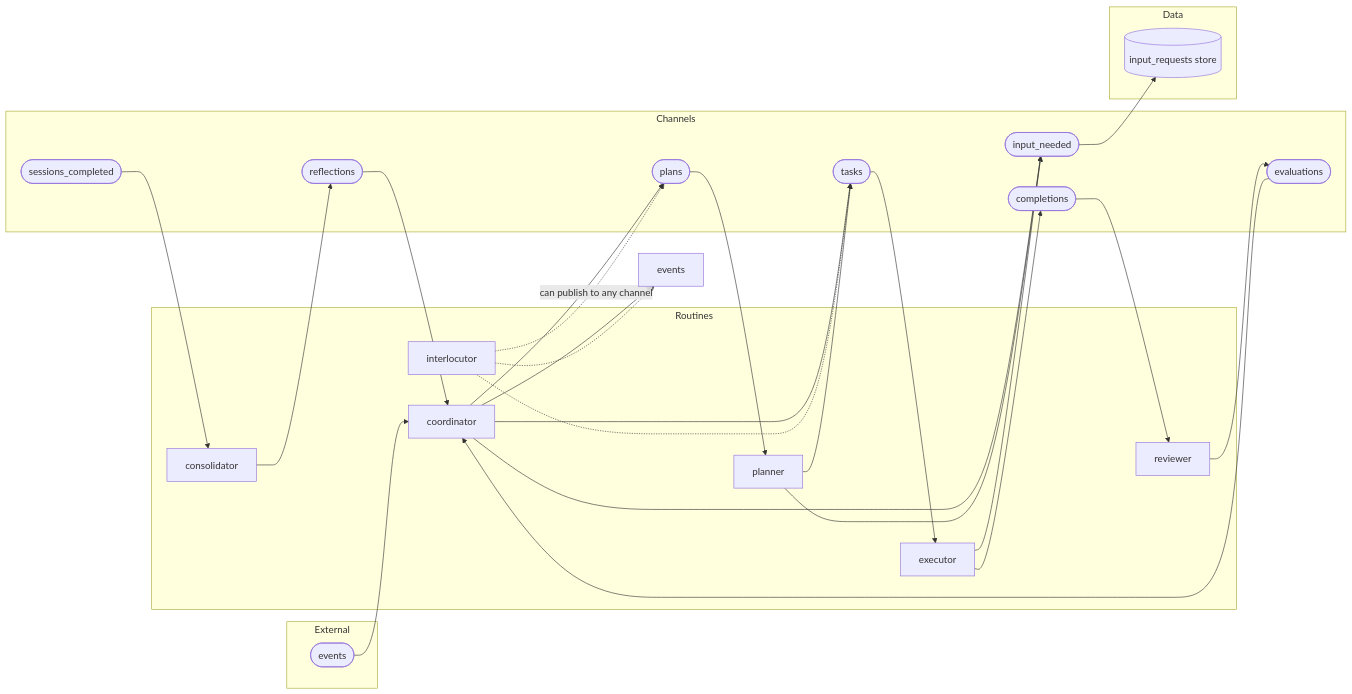
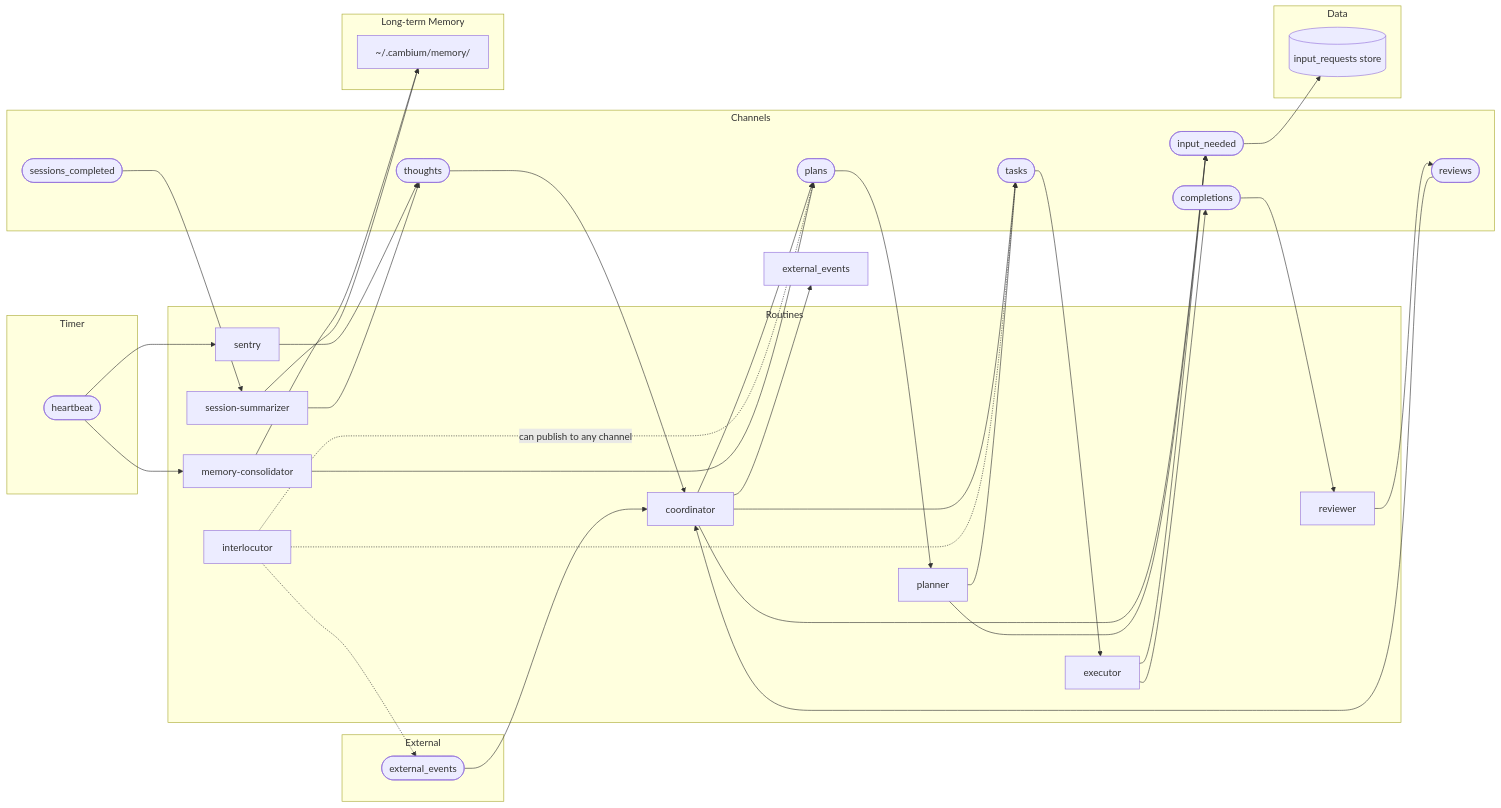
One commit to brayan07/cambium changed the third of 5 diagrams in docs/architecture.md. Above: the diagram before and after it, drawn with Mermaid. The commit also changed other lines of this file and 48 other files, not shown here.

First line of the commit message:
Add memory system: episodic index, long-term memory, timer system, and infrastructure hardening

````diff
--- a/docs/architecture.md
+++ b/docs/architecture.md
@@ -168,58 +190,75 @@
 ```mermaid
 graph LR
     subgraph External
-        ext(["events"])
+        ext(["external_events"])
+    end
+
+    subgraph Timer
+        heartbeat(["heartbeat"])
     end
 
     subgraph Routines
         coordinator["coordinator"]
         interlocutor["interlocutor"]
         planner["planner"]
         executor["executor"]
         reviewer["reviewer"]
-        consolidator["consolidator"]
+        sentry["sentry"]
+        session_summarizer["session-summarizer"]
+        memory_consolidator["memory-consolidator"]
     end
 
     subgraph Channels
         plans(["plans"])
         tasks(["tasks"])
         completions(["completions"])
-        evaluations(["evaluations"])
-        reflections(["reflections"])
+        reviews(["reviews"])
+        thoughts(["thoughts"])
         sessions_completed(["sessions_completed"])
         input_needed(["input_needed"])
     end
 
     subgraph Data
         input_store[("input_requests store")]
     end
 
+    subgraph Memory["Long-term Memory"]
+        mem_dir["~/.cambium/memory/"]
+    end
+
     ext --> coordinator
-    evaluations --> coordinator
-    reflections --> coordinator
+    reviews --> coordinator
+    thoughts --> coordinator
 
     coordinator --> plans
     coordinator --> tasks
-    coordinator --> events
+    coordinator --> external_events
     coordinator --> input_needed
 
     interlocutor -.->|can publish to any channel| plans
     interlocutor -.-> tasks
-    interlocutor -.-> events
+    interlocutor -.-> ext
 
     plans --> planner
     planner --> tasks
     planner --> input_needed
 
     tasks --> executor
     executor --> completions
     executor --> input_needed
 
     completions --> reviewer
-    reviewer --> evaluations
+    reviewer --> reviews
 
-    sessions_completed --> consolidator
-    consolidator --> reflections
+    heartbeat --> sentry
+    heartbeat --> memory_consolidator
+    sentry --> thoughts
+    memory_consolidator --> plans
+    memory_consolidator --> mem_dir
+
+    sessions_completed --> session_summarizer
+    session_summarizer --> thoughts
+    session_summarizer --> mem_dir
 
     input_needed --> input_store
 ```
````
